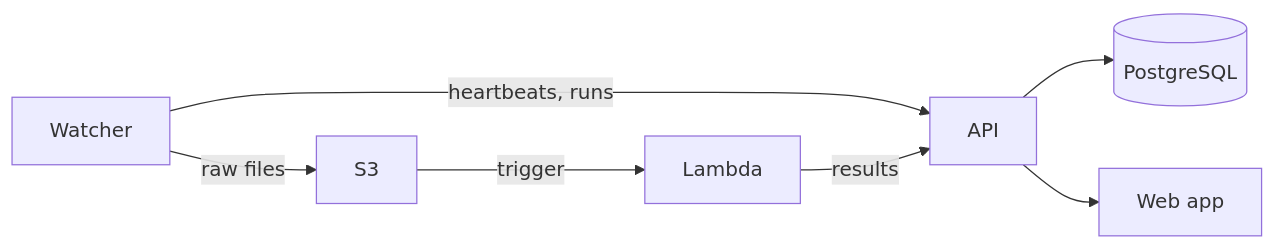
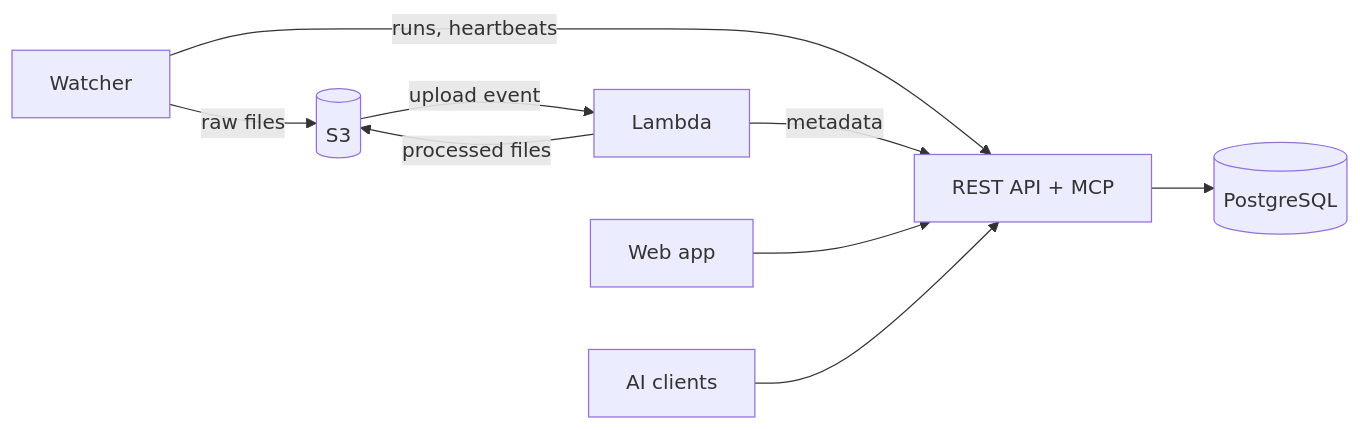
The diagram in README.md (Arcadia-Science/data-hub), drawn with Mermaid before and after one commit. The commit also changed other lines of this file and 11 other files, not shown here.

````diff
--- a/README.md
+++ b/README.md
@@ -5,9 +43,11 @@
 ```mermaid
 flowchart LR
-    W[Watcher] -->|raw files| S3[S3]
-    S3 -->|trigger| L[Lambda]
-    W -->|heartbeats, runs| API[API]
-    L -->|results| API
+    W[Watcher] -->|raw files| S3[(S3)]
+    W -->|runs, heartbeats| API[REST API + MCP]
+    S3 -->|upload event| L[Lambda]
+    L -->|processed files| S3
+    L -->|metadata| API
     API --> DB[(PostgreSQL)]
-    API --> UI[Web app]
+    UI[Web app] --> API
+    AI[AI clients] --> API
 ```
````
